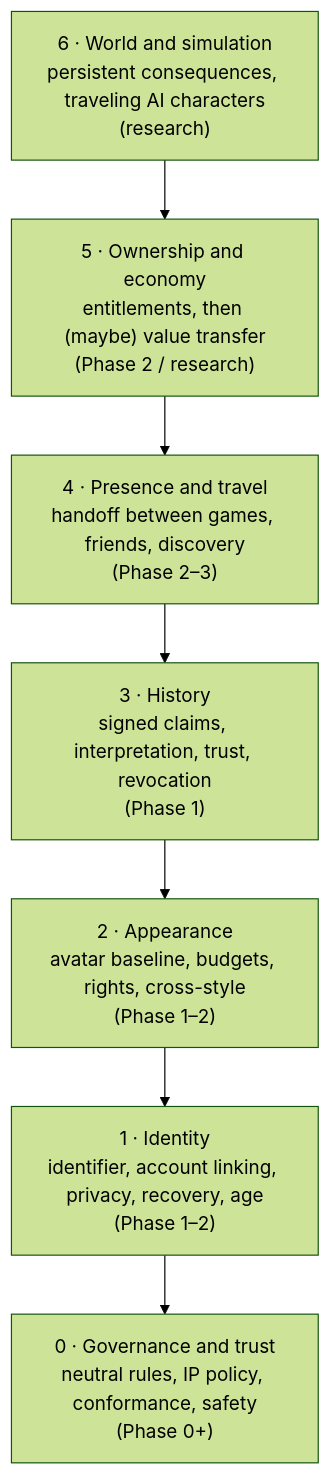
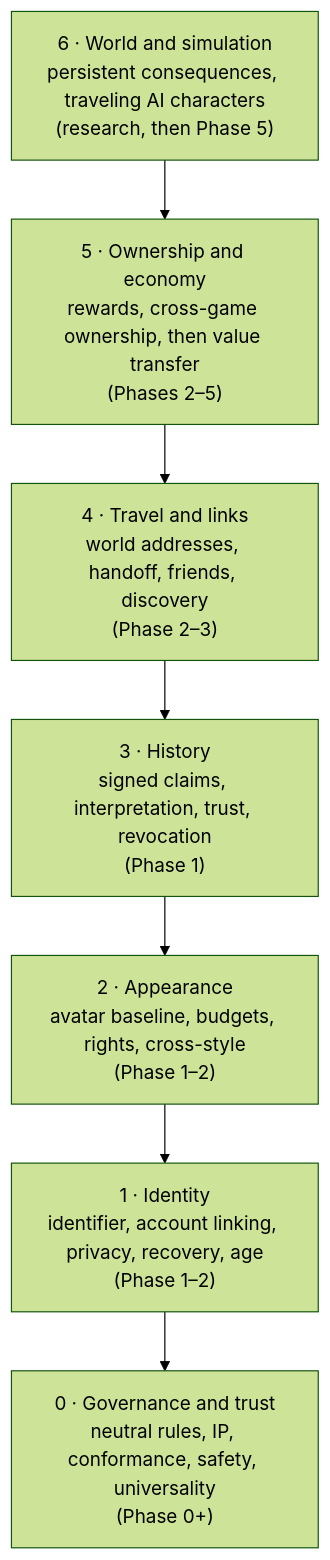
One commit to internet-of-games/internet-of-games changed the first of 2 diagrams in docs/layer-model.md. Above: the diagram before and after it, drawn with Mermaid (forest theme). The commit also changed other lines of this file and 17 other files, not shown here.

````diff
--- a/docs/layer-model.md
+++ b/docs/layer-model.md
@@ -7,11 +7,11 @@
 ```mermaid
 flowchart TB
-    L6["6 · World and simulation<br/>persistent consequences, traveling AI characters<br/>(research)"]
-    L5["5 · Ownership and economy<br/>entitlements, then (maybe) value transfer<br/>(Phase 2 / research)"]
-    L4["4 · Presence and travel<br/>handoff between games, friends, discovery<br/>(Phase 2–3)"]
+    L6["6 · World and simulation<br/>persistent consequences, traveling AI characters<br/>(research, then Phase 5)"]
+    L5["5 · Ownership and economy<br/>rewards, cross-game ownership, then value transfer<br/>(Phases 2–5)"]
+    L4["4 · Travel and links<br/>world addresses, handoff, friends, discovery<br/>(Phase 2–3)"]
     L3["3 · History<br/>signed claims, interpretation, trust, revocation<br/>(Phase 1)"]
     L2["2 · Appearance<br/>avatar baseline, budgets, rights, cross-style<br/>(Phase 1–2)"]
     L1["1 · Identity<br/>identifier, account linking, privacy, recovery, age<br/>(Phase 1–2)"]
-    L0["0 · Governance and trust<br/>neutral rules, IP policy, conformance, safety<br/>(Phase 0+)"]
+    L0["0 · Governance and trust<br/>neutral rules, IP, conformance, safety, universality<br/>(Phase 0+)"]
     L6 --> L5 --> L4 --> L3 --> L2 --> L1 --> L0
 ```
````
